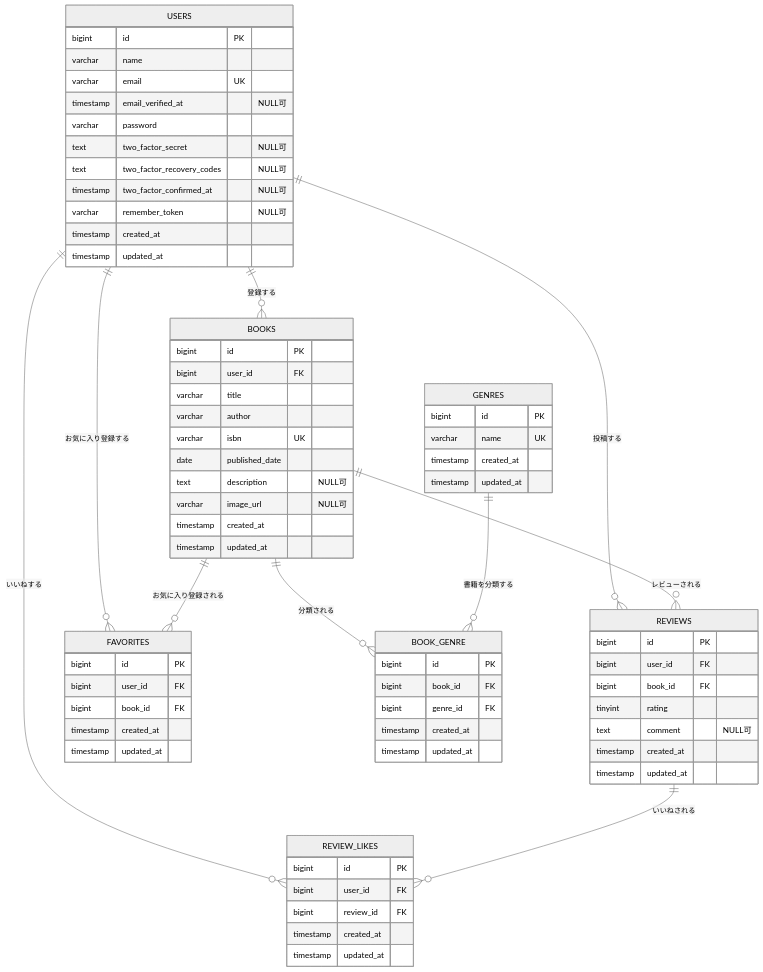
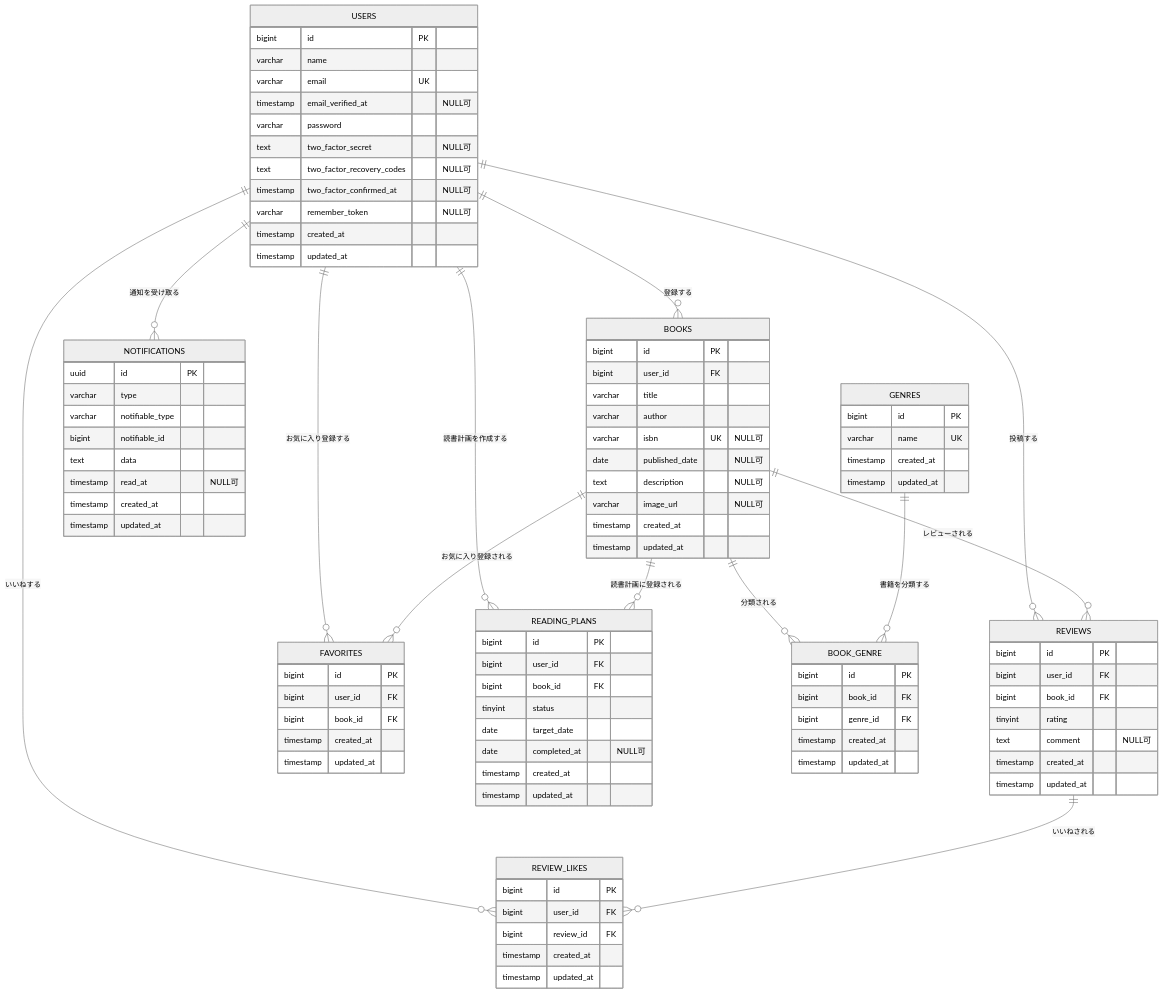
Before and after one commit to kei-aichi/bookshelf-app: the diagram in README.md, drawn with Mermaid (neutral theme).

Commit message:
docs: ER図を最新のテーブル構成に修正

````diff
--- a/README.md
+++ b/README.md
@@ -104,10 +104,13 @@
     USERS ||--o{ REVIEWS : "投稿する"
     USERS ||--o{ FAVORITES : "お気に入り登録する"
     USERS ||--o{ REVIEW_LIKES : "いいねする"
+    USERS ||--o{ READING_PLANS : "読書計画を作成する"
+    USERS ||--o{ NOTIFICATIONS : "通知を受け取る"
 
     BOOKS ||--o{ REVIEWS : "レビューされる"
     BOOKS ||--o{ FAVORITES : "お気に入り登録される"
     BOOKS ||--o{ BOOK_GENRE : "分類される"
+    BOOKS ||--o{ READING_PLANS : "読書計画に登録される"
 
     GENRES ||--o{ BOOK_GENRE : "書籍を分類する"
 
@@ -132,8 +135,8 @@
         bigint user_id FK
         varchar title
         varchar author
-        varchar isbn UK
-        date published_date
+        varchar isbn UK "NULL可"
+        date published_date "NULL可"
         text description "NULL可"
         varchar image_url "NULL可"
         timestamp created_at
@@ -180,4 +183,26 @@
         timestamp created_at
         timestamp updated_at
     }
+
+    READING_PLANS {
+        bigint id PK
+        bigint user_id FK
+        bigint book_id FK
+        tinyint status
+        date target_date
+        date completed_at "NULL可"
+        timestamp created_at
+        timestamp updated_at
+    }
+
+    NOTIFICATIONS {
+        uuid id PK
+        varchar type
+        varchar notifiable_type
+        bigint notifiable_id
+        text data
+        timestamp read_at "NULL可"
+        timestamp created_at
+        timestamp updated_at
+    }
 ```
````
